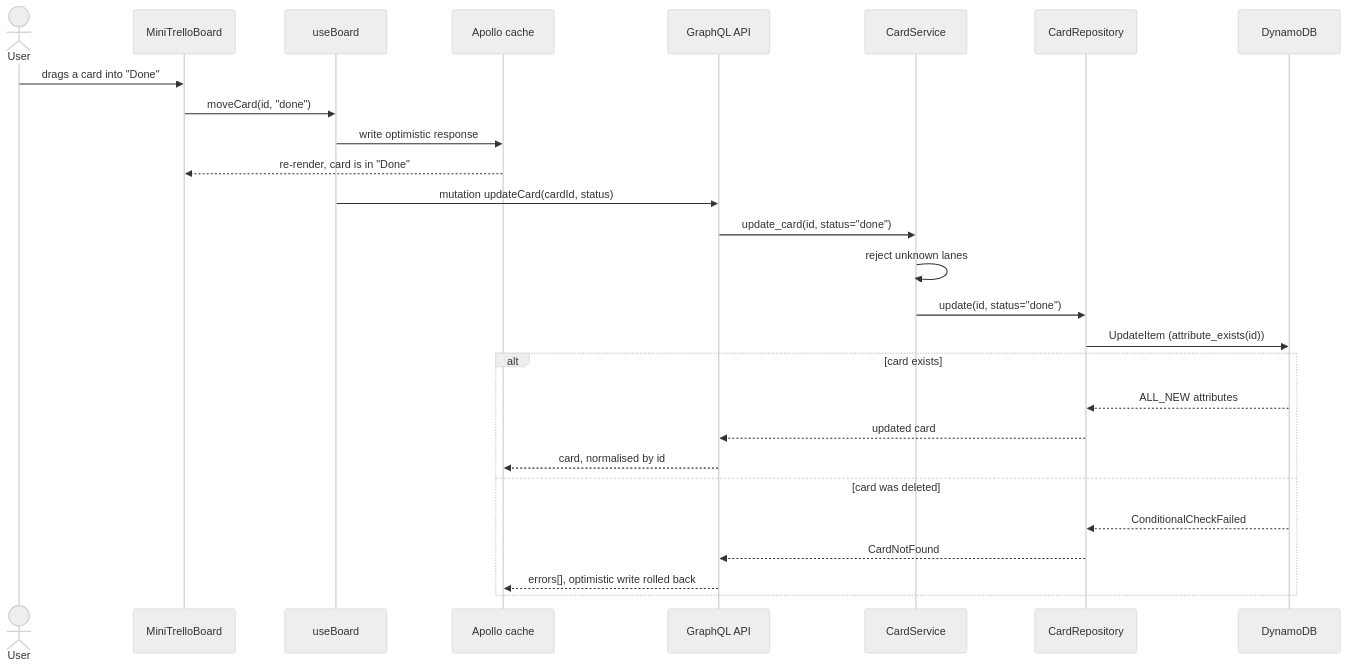
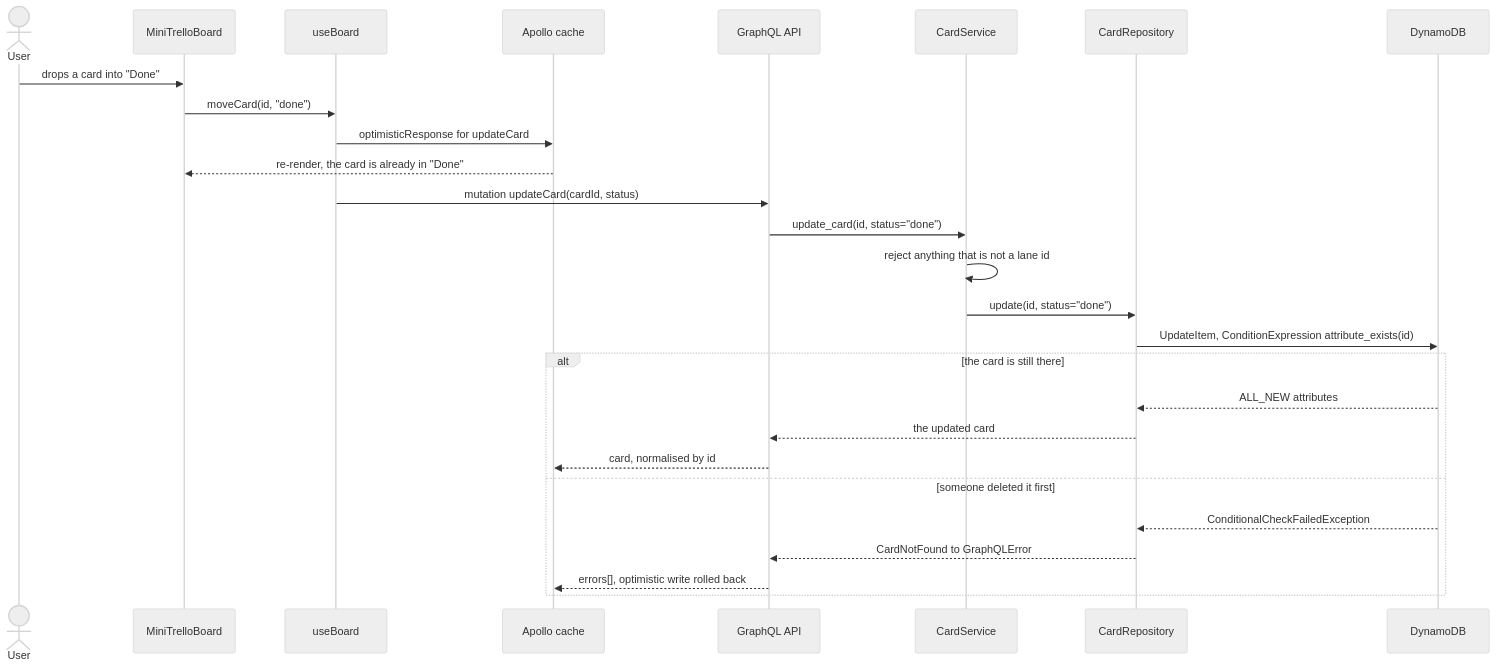
The second of 2 diagrams in README.md (dev-mnadeem/kanban-task-board-suite), drawn with Mermaid (neutral theme) before and after one commit. The commit also changed other lines of this file, not shown here.

````diff
--- a/README.md
+++ b/README.md
@@ -62,30 +121,30 @@
 ```mermaid
 sequenceDiagram
-  actor User
-  participant Board as MiniTrelloBoard
-  participant Hook as useBoard
-  participant Cache as Apollo cache
-  participant API as GraphQL API
-  participant Service as CardService
-  participant Repo as CardRepository
-  participant DDB as DynamoDB
+    actor User
+    participant Board as MiniTrelloBoard
+    participant Hook as useBoard
+    participant Cache as Apollo cache
+    participant API as GraphQL API
+    participant Service as CardService
+    participant Repo as CardRepository
+    participant DDB as DynamoDB
 
-  User->>Board: drags a card into "Done"
-  Board->>Hook: moveCard(id, "done")
-  Hook->>Cache: write optimistic response
-  Cache-->>Board: re-render, card is in "Done"
-  Hook->>API: mutation updateCard(cardId, status)
-  API->>Service: update_card(id, status="done")
-  Service->>Service: reject unknown lanes
-  Service->>Repo: update(id, status="done")
-  Repo->>DDB: UpdateItem (attribute_exists(id))
-  alt card exists
-    DDB-->>Repo: ALL_NEW attributes
-    Repo-->>API: updated card
-    API-->>Cache: card, normalised by id
-  else card was deleted
-    DDB-->>Repo: ConditionalCheckFailed
-    Repo-->>API: CardNotFound
-    API-->>Cache: errors[], optimistic write rolled back
-  end
+    User->>Board: drops a card into "Done"
+    Board->>Hook: moveCard(id, "done")
+    Hook->>Cache: optimisticResponse for updateCard
+    Cache-->>Board: re-render, the card is already in "Done"
+    Hook->>API: mutation updateCard(cardId, status)
+    API->>Service: update_card(id, status="done")
+    Service->>Service: reject anything that is not a lane id
+    Service->>Repo: update(id, status="done")
+    Repo->>DDB: UpdateItem, ConditionExpression attribute_exists(id)
+    alt the card is still there
+        DDB-->>Repo: ALL_NEW attributes
+        Repo-->>API: the updated card
+        API-->>Cache: card, normalised by id
+    else someone deleted it first
+        DDB-->>Repo: ConditionalCheckFailedException
+        Repo-->>API: CardNotFound to GraphQLError
+        API-->>Cache: errors[], optimistic write rolled back
+    end
 ```
````
